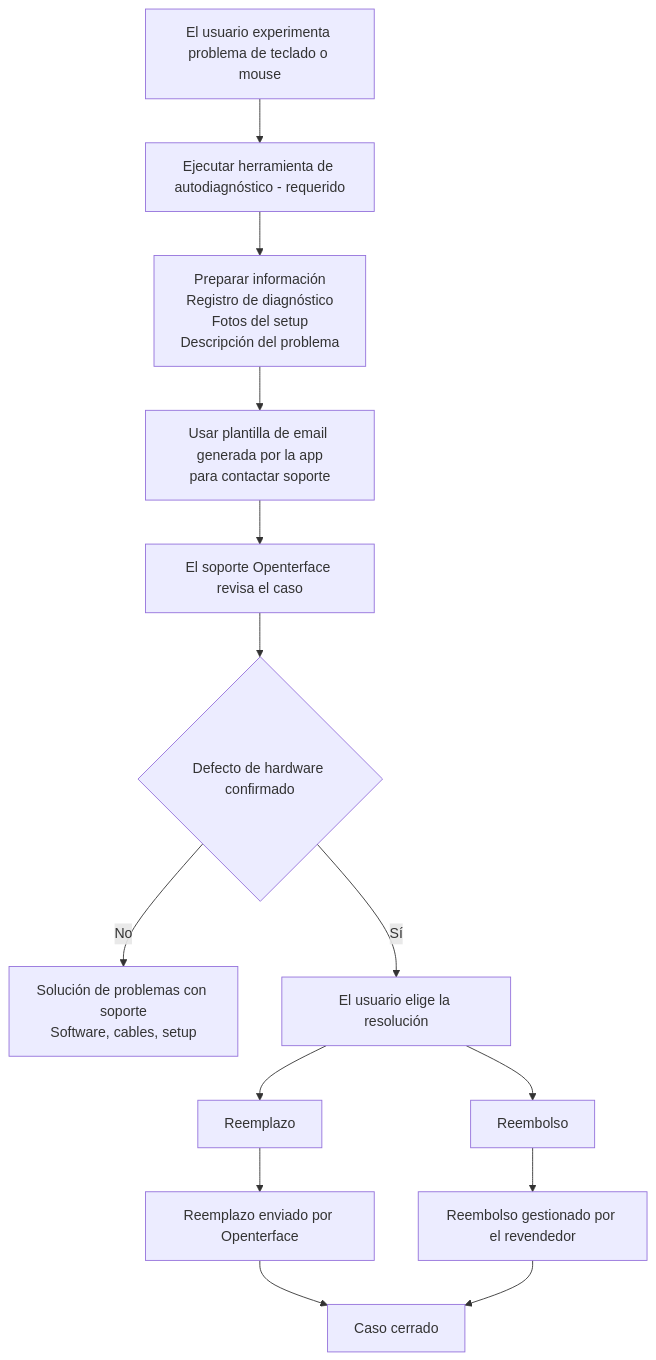
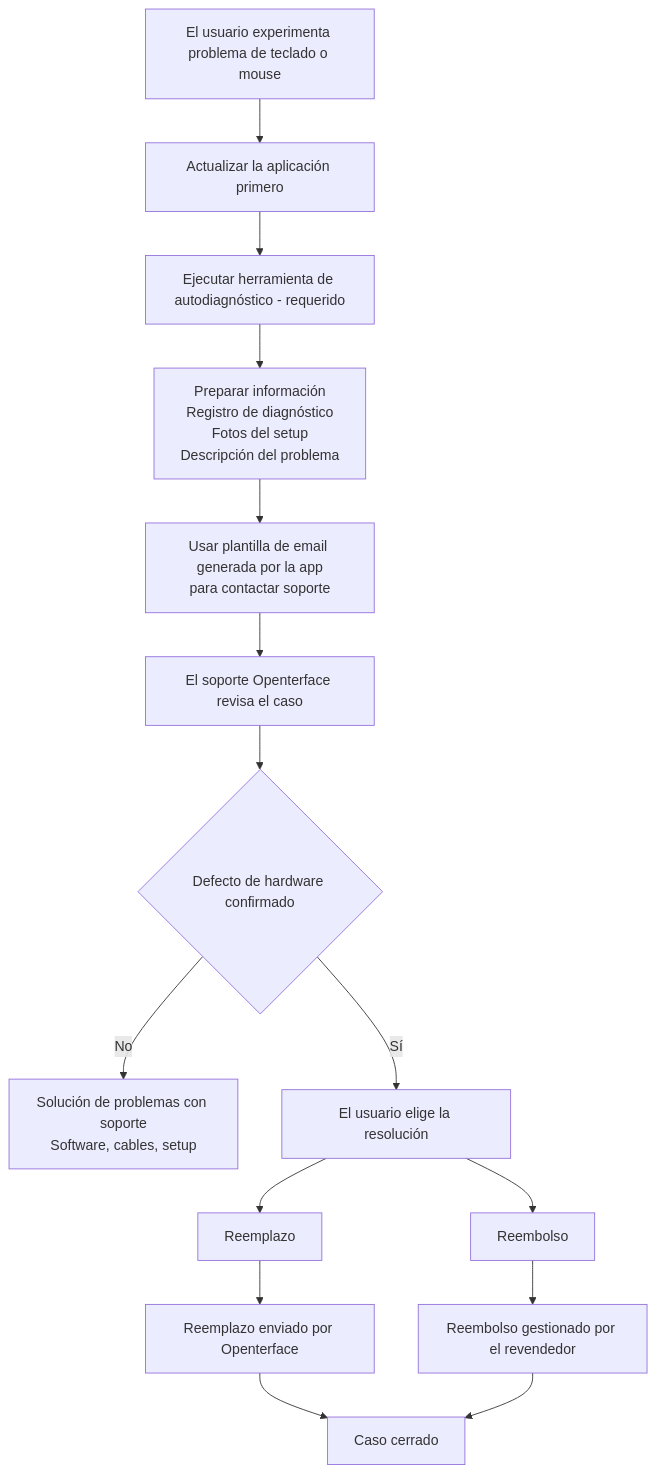
Before and after one commit to TechxArtisanStudio/Openterface: the diagram in docs/product/minikvm/support/mini-kvm-troubleshooting-and-support.es.md, drawn with Mermaid. The commit also changed other lines of this file and 29 other files, not shown here.

````diff
--- a/docs/product/minikvm/support/mini-kvm-troubleshooting-and-support.es.md
+++ b/docs/product/minikvm/support/mini-kvm-troubleshooting-and-support.es.md
@@ -39,21 +39,22 @@
 ```mermaid
 flowchart TD
-    U[El usuario experimenta problema de teclado o mouse] --> D[Ejecutar herramienta de autodiagnóstico - requerido]
+    U[El usuario experimenta problema de teclado o mouse] --> A[Actualizar la aplicación primero]
+    A --> D[Ejecutar herramienta de autodiagnóstico - requerido]
 
     D --> P[Preparar información<br/>Registro de diagnóstico<br/>Fotos del setup<br/>Descripción del problema]
 
     P --> E[Usar plantilla de email generada por la app<br/>para contactar soporte]
 
     E --> S[El soporte Openterface revisa el caso]
 
     S --> R{Defecto de hardware confirmado}
 
     R -- No --> F[Solución de problemas con soporte<br/>Software, cables, setup]
     R -- Sí --> C[El usuario elige la resolución]
 
     C --> Reemplazo --> REP[Reemplazo enviado por Openterface]
     C --> Reembolso --> REF[Reembolso gestionado por el revendedor]
 
     REP --> END[Caso cerrado]
     REF --> END
 ```
````
